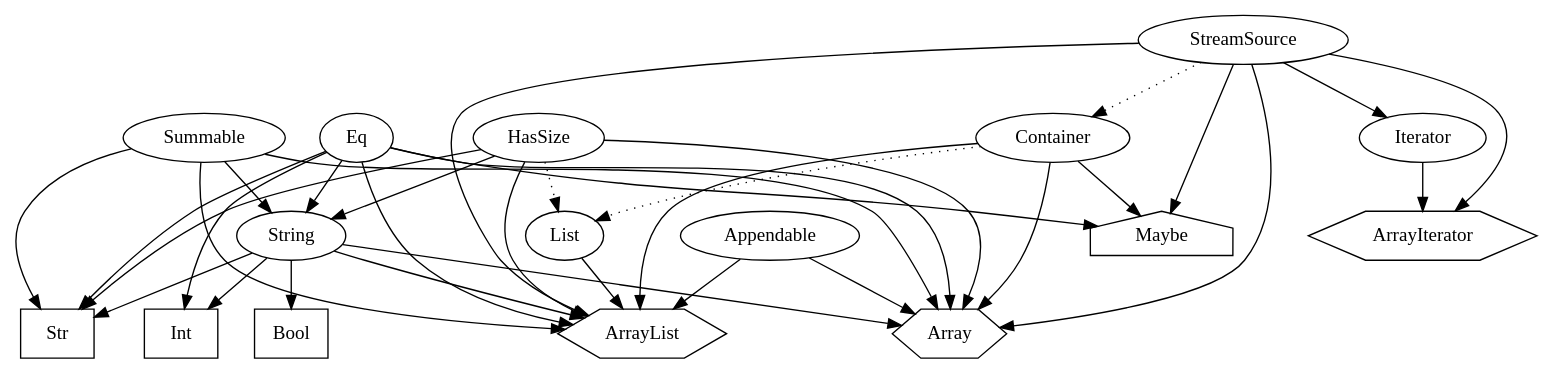
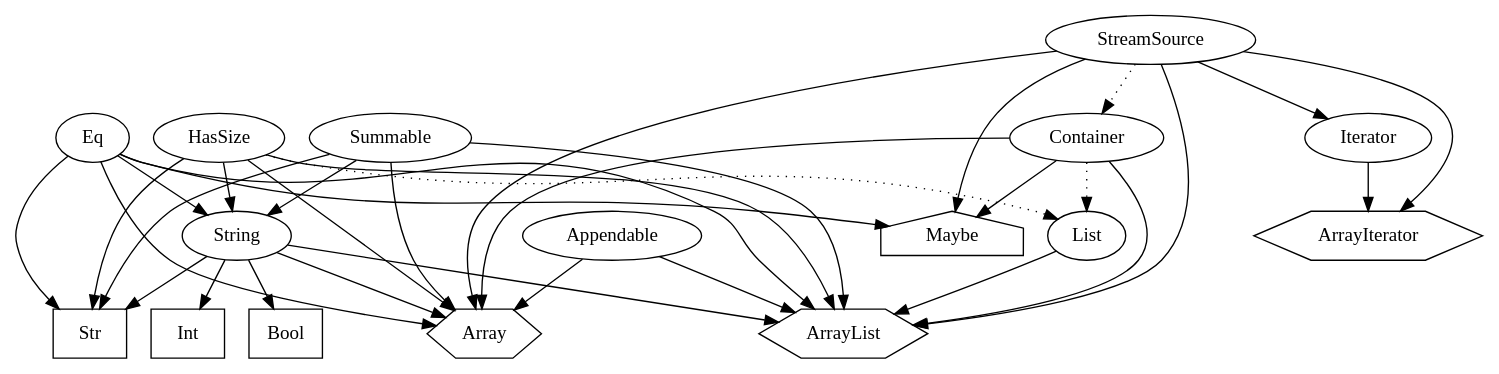
Before and after one commit to fergusq/pscript: the diagram in doc/types.dot, drawn with Graphviz. The commit also changed 6 other files, not shown here.

```diff
--- a/doc/types.dot
+++ b/doc/types.dot
@@ -1,69 +1,68 @@
 digraph G {
     // Models
     String [shape="oval"]
     HasSize [shape="oval"]
     Container [shape="oval", group="collections"]
     List [shape="oval", group="collections"]
-    Summable [shape="oval"]
+    Summable [shape="oval", group="collections"]
     Appendable [shape="oval", group="collections"]
     
     StreamSource [shape="oval", group="pipes"]
     Iterator [shape="oval", group="iterators"]
     
     // Structs
     ArrayList [shape="hexagon", group="collections"]
     Array [shape="hexagon", group="collections"]
     ArrayIterator [shape="hexagon", group="iterators"]
     
     // Enums
     Maybe [shape="house", group="collections"]
     
     // Primitive types
     Str [shape="box", group="primitives"]
     Int [shape="box", group="primitives"]
     Bool [shape="box", group="primitives"]
     //Char [shape="box", group="primitives"]
     
     String -> Int
     String -> Bool
     String -> Str
     String -> Array
     String -> ArrayList
     
     HasSize -> Str
     HasSize -> String
     HasSize -> Array
     HasSize -> ArrayList
     
-    Eq -> Int
     Eq -> Str
     Eq -> String
     Eq -> Array
     Eq -> ArrayList
     Eq -> Maybe
     
     StreamSource -> Container [style=dotted]
     Container -> Array
     Container -> ArrayList
     Container -> Maybe
     
     List -> ArrayList
     HasSize -> List [style=dotted]
     Container -> List [style=dotted]
     
     StreamSource -> Maybe
     StreamSource -> Array
     StreamSource -> ArrayList
     StreamSource -> Iterator
     StreamSource -> ArrayIterator
     
     Summable -> Str
     Summable -> String
     Summable -> Array
     Summable -> ArrayList
     
     Appendable -> Array
     Appendable -> ArrayList
     
     Iterator -> ArrayIterator
 }
```
